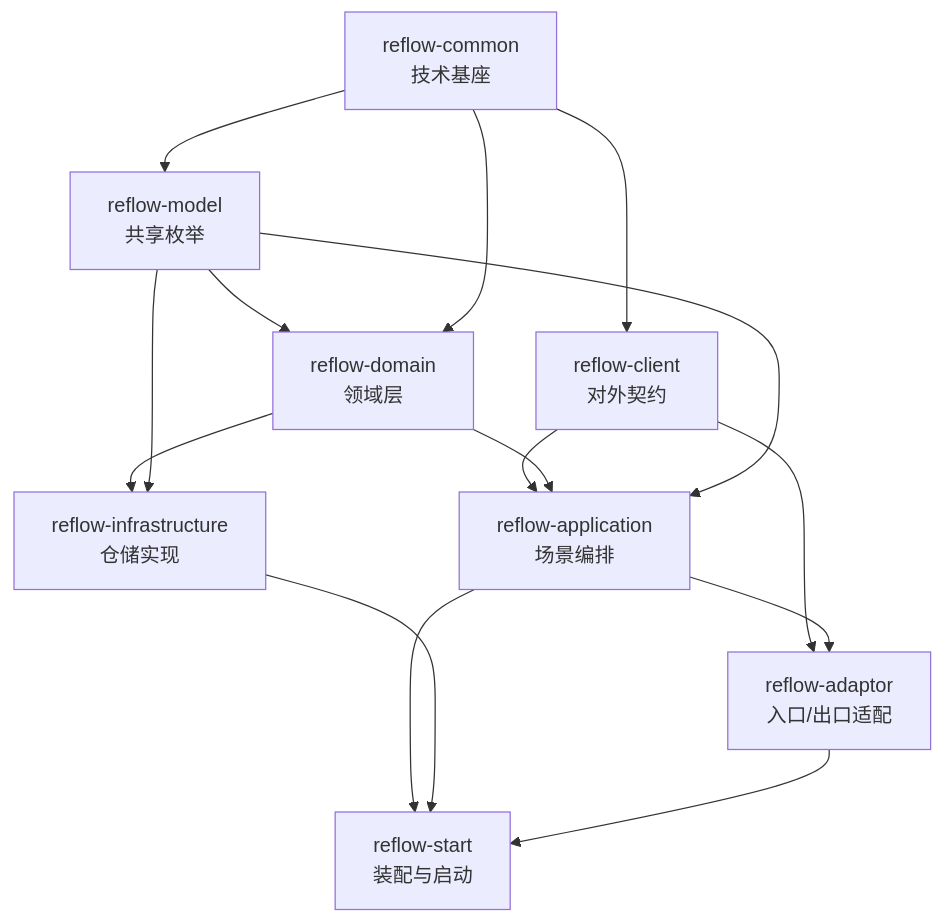
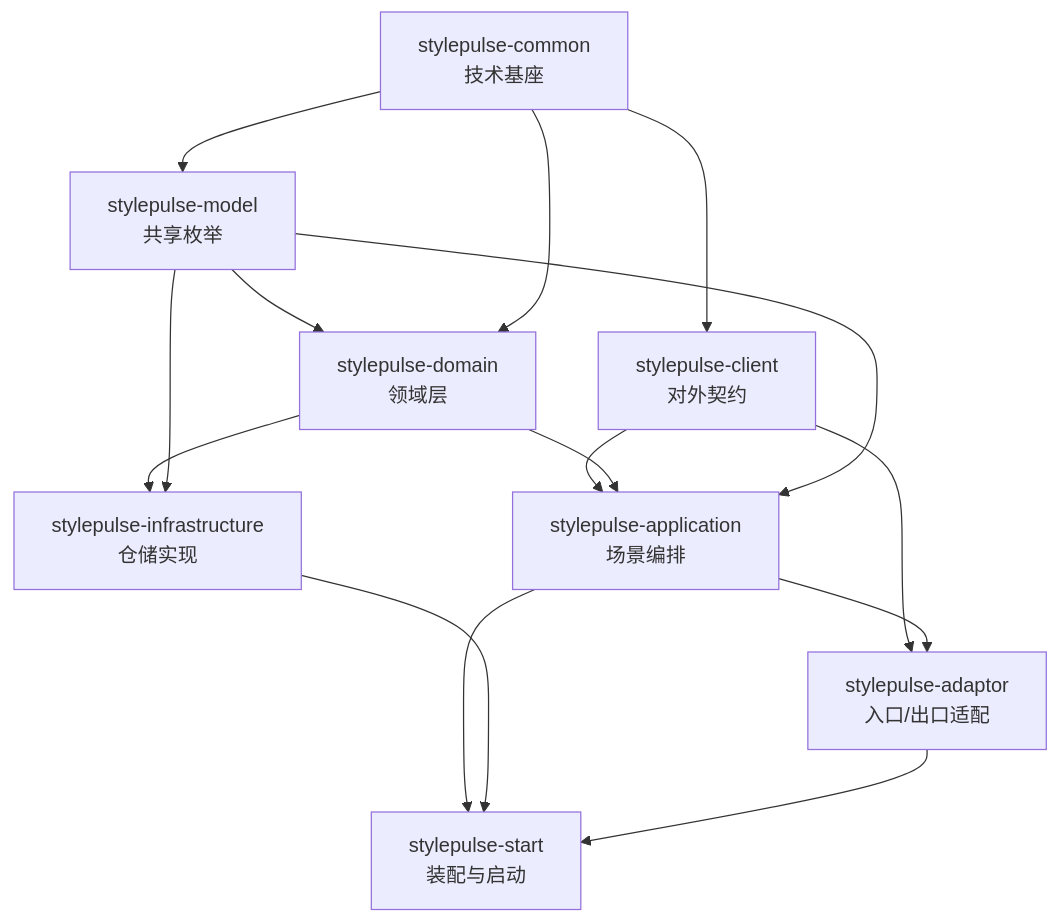
One commit to cocochimp/StylePulse changed the diagram in README.md. Above: the diagram before and after it, drawn with Mermaid. The commit also changed other lines of this file and 339 other files, not shown here.

Commit message:
refactor: rename project from reflow to stylepulse

````diff
--- a/README.md
+++ b/README.md
@@ -106,17 +106,17 @@
 ```mermaid
 flowchart TD
-    C[reflow-common<br/>技术基座] --> M[reflow-model<br/>共享枚举]
-    C --> CL[reflow-client<br/>对外契约]
-    M --> D[reflow-domain<br/>领域层]
+    C[stylepulse-common<br/>技术基座] --> M[stylepulse-model<br/>共享枚举]
+    C --> CL[stylepulse-client<br/>对外契约]
+    M --> D[stylepulse-domain<br/>领域层]
     C --> D
-    CL --> A[reflow-application<br/>场景编排]
+    CL --> A[stylepulse-application<br/>场景编排]
     D --> A
     M --> A
-    D --> I[reflow-infrastructure<br/>仓储实现]
+    D --> I[stylepulse-infrastructure<br/>仓储实现]
     M --> I
-    CL --> AD[reflow-adaptor<br/>入口/出口适配]
+    CL --> AD[stylepulse-adaptor<br/>入口/出口适配]
     A --> AD
-    A --> B[reflow-start<br/>装配与启动]
+    A --> B[stylepulse-start<br/>装配与启动]
     I --> B
     AD --> B
 ```
````
